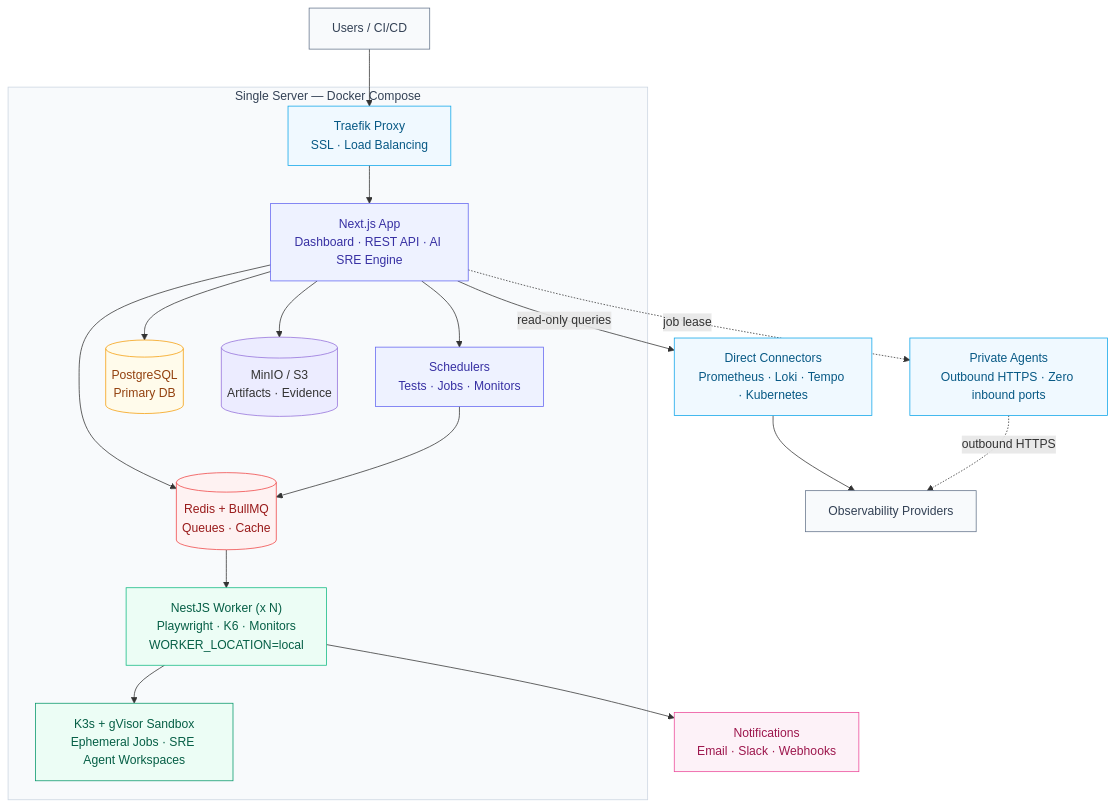
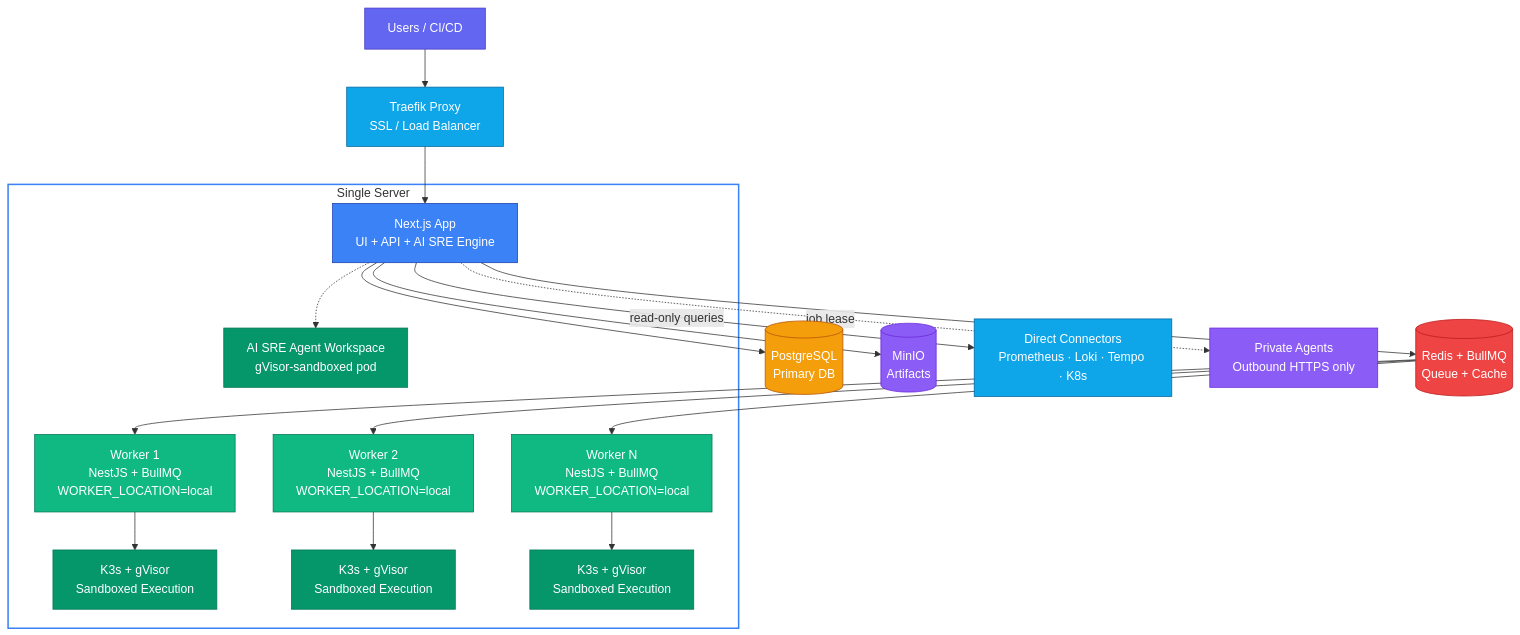
The diagram in docs/content/docs/app/deployment/self-hosted.mdx (supercheck-io/supercheck), drawn with Mermaid before and after one commit. The commit also changed 15 other files, not shown here.

First line of the commit message:
docs: revert diagram restyle, keep AI SRE in architecture diagrams

````diff
--- a/docs/content/docs/app/deployment/self-hosted.mdx
+++ b/docs/content/docs/app/deployment/self-hosted.mdx
@@ -11,52 +11,36 @@
 ```mermaid
 flowchart TB
-    Users["Users / CI/CD"]
+    Users[Users / CI/CD] --> T[Traefik Proxy<br/>SSL / Load Balancer]
+    T --> App[Next.js App<br/>UI + API + AI SRE Engine]
+    App --> DB[(PostgreSQL<br/>Primary DB)] & Redis[(Redis + BullMQ<br/>Queue + Cache)] & S3[(MinIO<br/>Artifacts)]
+    App -->|read-only queries| Direct[Direct Connectors<br/>Prometheus · Loki · Tempo · K8s]
+    App -.->|job lease| Private[Private Agents<br/>Outbound HTTPS only]
 
-    subgraph SERVER["Single Server — Docker Compose"]
-        T["Traefik Proxy<br/>SSL · Load Balancing"]
-        App["Next.js App<br/>Dashboard · REST API · AI SRE Engine"]
-        Scheduler["Schedulers<br/>Tests · Jobs · Monitors"]
-        DB[("PostgreSQL<br/>Primary DB")]
-        Redis[("Redis + BullMQ<br/>Queues · Cache")]
-        S3[("MinIO / S3<br/>Artifacts · Evidence")]
-        Worker["NestJS Worker (x N)<br/>Playwright · K6 · Monitors<br/>WORKER_LOCATION=local"]
-        K3S["K3s + gVisor Sandbox<br/>Ephemeral Jobs · SRE Agent Workspaces"]
+    Redis --> W1
+    Redis --> W2
+    Redis --> WN
 
-        T --> App
-        App --> Scheduler
-        App --> DB
-        App --> Redis
-        App --> S3
-        Scheduler --> Redis
-        Redis --> Worker
-        Worker --> K3S
+    subgraph SERVER["Single Server"]
+        W1[Worker 1<br/>NestJS + BullMQ<br/>WORKER_LOCATION=local] --> K3S_1[K3s + gVisor<br/>Sandboxed Execution]
+        W2[Worker 2<br/>NestJS + BullMQ<br/>WORKER_LOCATION=local] --> K3S_2[K3s + gVisor<br/>Sandboxed Execution]
+        WN[Worker N<br/>NestJS + BullMQ<br/>WORKER_LOCATION=local] --> K3S_N[K3s + gVisor<br/>Sandboxed Execution]
+        App -.-> SRE_WS[AI SRE Agent Workspace<br/>gVisor-sandboxed pod]
     end
 
-    Users --> T
-    App -->|"read-only queries"| Direct["Direct Connectors<br/>Prometheus · Loki · Tempo · Kubernetes"]
-    App -.->|"job lease"| Private["Private Agents<br/>Outbound HTTPS · Zero inbound ports"]
-    Direct --> Providers["Observability Providers"]
-    Private -.->|"outbound HTTPS"| Providers
-    Worker --> Notify["Notifications<br/>Email · Slack · Webhooks"]
-
-    classDef proxy fill:#f0f9ff,stroke:#0ea5e9,color:#075985
-    classDef app fill:#eef2ff,stroke:#6366f1,color:#3730a3
-    classDef data fill:#fffbeb,stroke:#f59e0b,color:#92400e
-    classDef queue fill:#fef2f2,stroke:#ef4444,color:#991b1b
-    classDef worker fill:#ecfdf5,stroke:#10b981,color:#065f46
-    classDef sandbox fill:#ecfdf5,stroke:#059669,color:#065f46
-    classDef connector fill:#f0f9ff,stroke:#0ea5e9,color:#075985
-    classDef external fill:#f8fafc,stroke:#64748b,color:#334155
-    classDef notify fill:#fdf2f8,stroke:#ec4899,color:#9d174d
-
-    class Users,Providers external
-    class T proxy
-    class App,Scheduler app
-    class DB data
-    class Redis queue
-    class Worker worker
-    class K3S sandbox
-    class Direct,Private connector
-    class Notify notify
-    style SERVER fill:#f8fafc,stroke:#cbd5e1,color:#334155
+    style Users fill:#6366f1,stroke:#4338ca,color:#fff
+    style T fill:#0ea5e9,stroke:#0369a1,color:#fff
+    style App fill:#3b82f6,stroke:#1e40af,color:#fff
+    style DB fill:#f59e0b,stroke:#b45309,color:#fff
+    style Redis fill:#ef4444,stroke:#b91c1c,color:#fff
+    style S3 fill:#8b5cf6,stroke:#6d28d9,color:#fff
+    style W1 fill:#10b981,stroke:#047857,color:#fff
+    style W2 fill:#10b981,stroke:#047857,color:#fff
+    style WN fill:#10b981,stroke:#047857,color:#fff
+    style K3S_1 fill:#059669,stroke:#047857,color:#fff
+    style K3S_2 fill:#059669,stroke:#047857,color:#fff
+    style K3S_N fill:#059669,stroke:#047857,color:#fff
+    style Direct fill:#0ea5e9,stroke:#0369a1,color:#fff
+    style Private fill:#8b5cf6,stroke:#6d28d9,color:#fff
+    style SRE_WS fill:#059669,stroke:#047857,color:#fff
+    style SERVER fill:none,stroke:#3b82f6,stroke-width:2px
 ```
````
